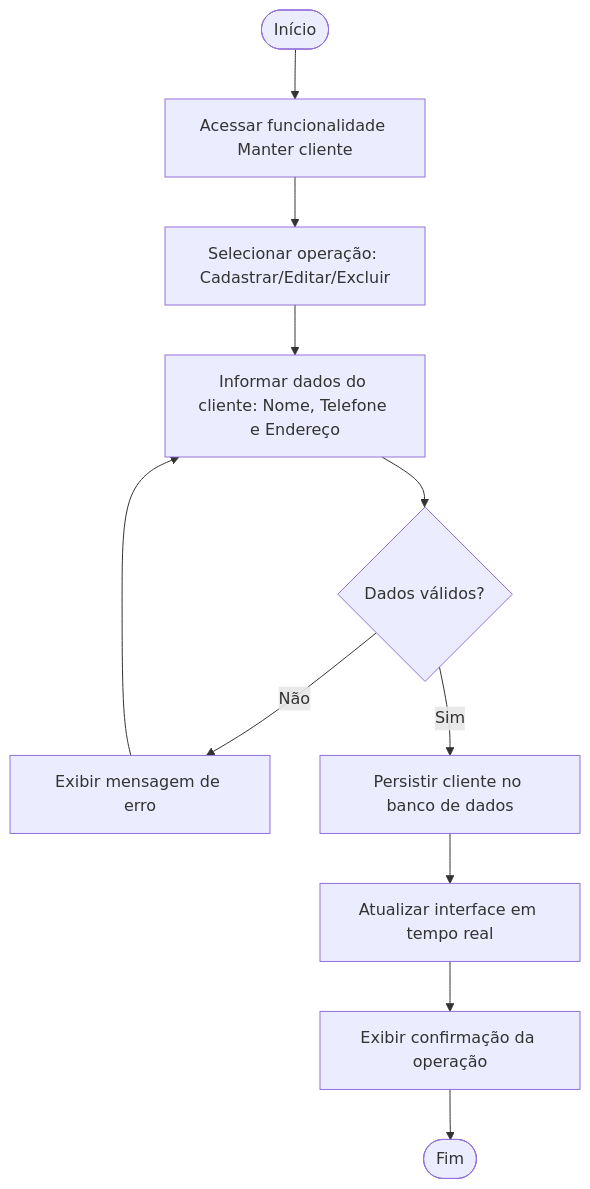
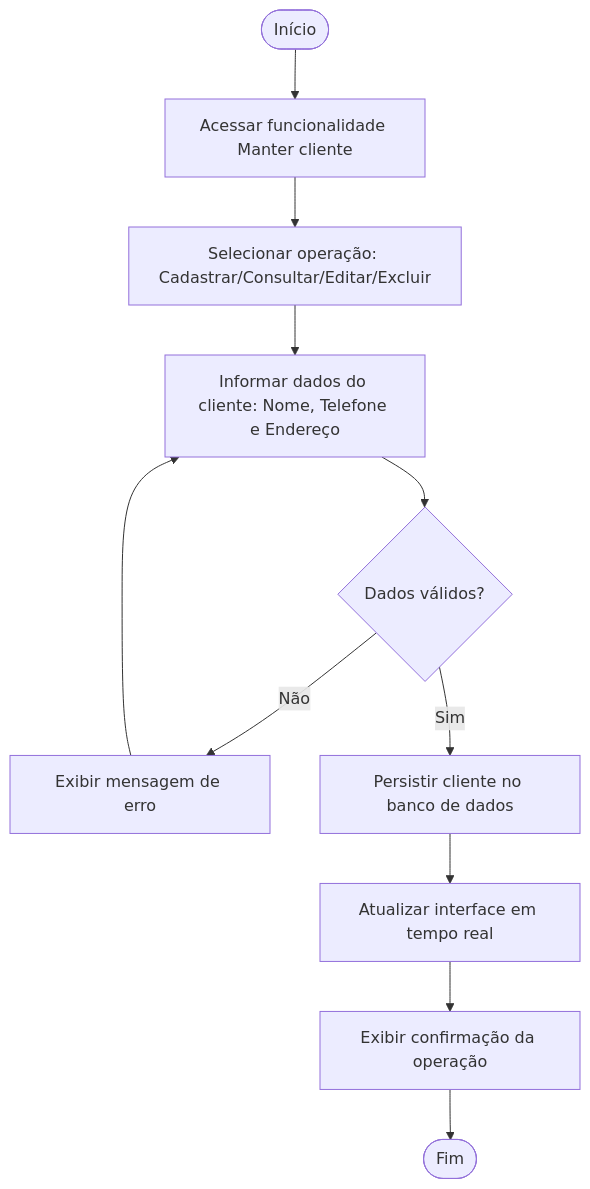
The fourth of 4 diagrams in docs/doc-modelos.md (danielmrz7/projeto-scrum-eng1), drawn with Mermaid before and after one commit. The commit also changed other lines of this file, not shown here.

````diff
--- a/docs/doc-modelos.md
+++ b/docs/doc-modelos.md
@@ -108,13 +110,13 @@
 ```mermaid
-    flowchart TD
+flowchart TD
     Start([Início]) --> A[Acessar funcionalidade Manter cliente]
-    A --> B[Selecionar operação: Cadastrar/Editar/Excluir]
+    A --> B[Selecionar operação: Cadastrar/Consultar/Editar/Excluir]
     B --> C[Informar dados do cliente: Nome, Telefone e Endereço]
     C --> D{Dados válidos?}
     D -- Não --> E[Exibir mensagem de erro]
     E --> C
     D -- Sim --> F[Persistir cliente no banco de dados]
     F --> G[Atualizar interface em tempo real]
     G --> H[Exibir confirmação da operação]
     H --> End([Fim])
 ```
````
